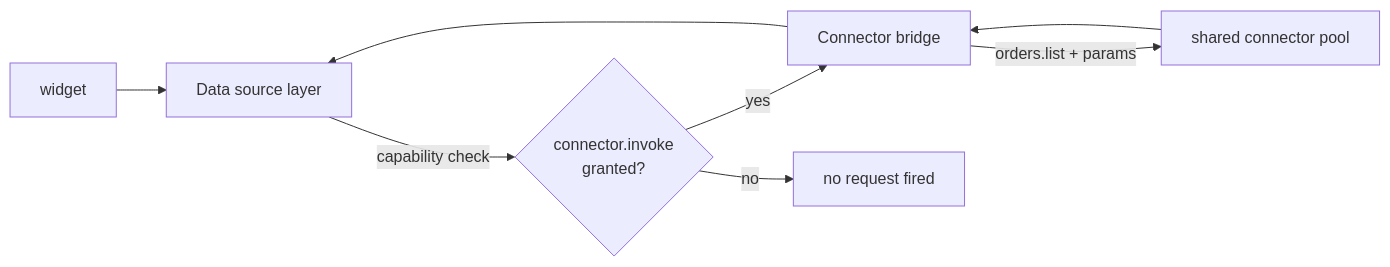
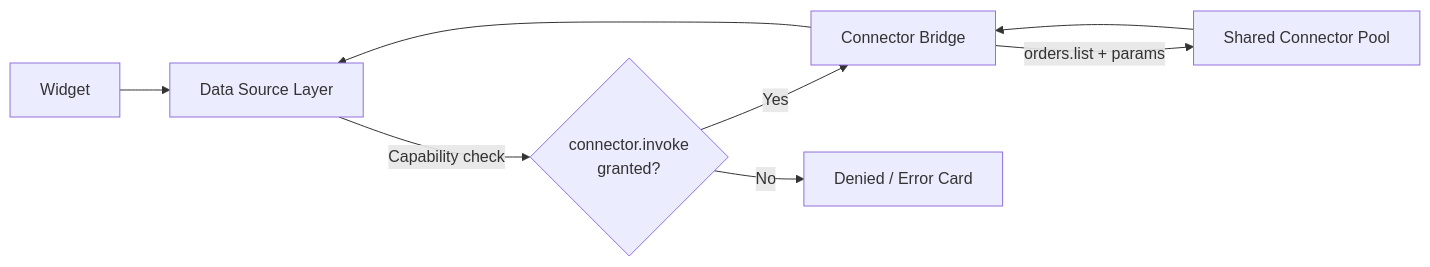
One commit to qefro-ai/qefro-documentation changed the diagram in docs/solutions/sources.md. Above: the diagram before and after it, drawn with Mermaid. The commit also changed other lines of this file and 101 other files, not shown here.

First line of the commit message:
docs: full architecture refresh and modernization (October 2026)

````diff
--- a/docs/solutions/sources.md
+++ b/docs/solutions/sources.md
@@ -89,9 +90,9 @@
 ```mermaid
 flowchart LR
-    W[widget] --> DS[Data source layer]
-    DS -->|capability check| CAP{connector.invoke<br/>granted?}
-    CAP -->|yes| B[Connector bridge]
-    CAP -->|no| X[no request fired]
-    B -->|orders.list + params| POOL[shared connector pool]
+    W[Widget] --> DS[Data Source Layer]
+    DS -->|Capability check| CAP{connector.invoke<br/>granted?}
+    CAP -->|Yes| B[Connector Bridge]
+    CAP -->|No| X[Denied / Error Card]
+    B -->|orders.list + params| POOL[Shared Connector Pool]
     POOL --> B --> DS
 ```
````
